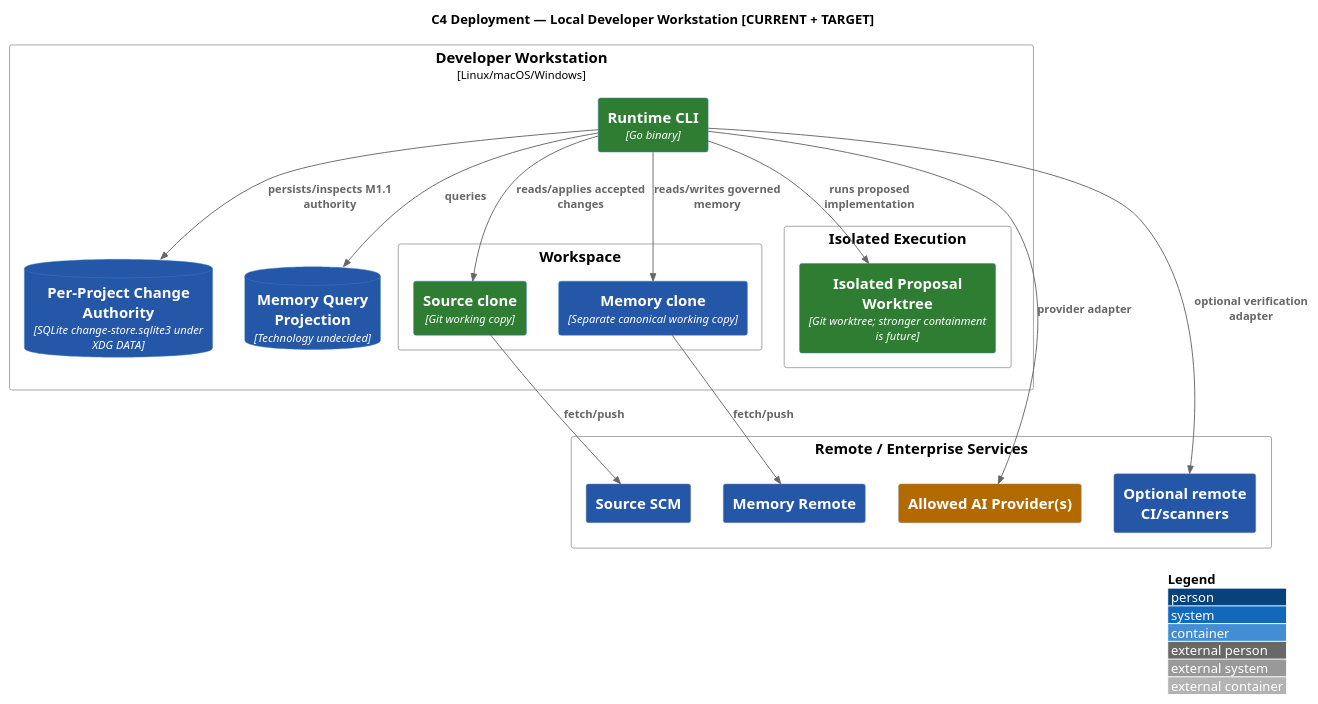
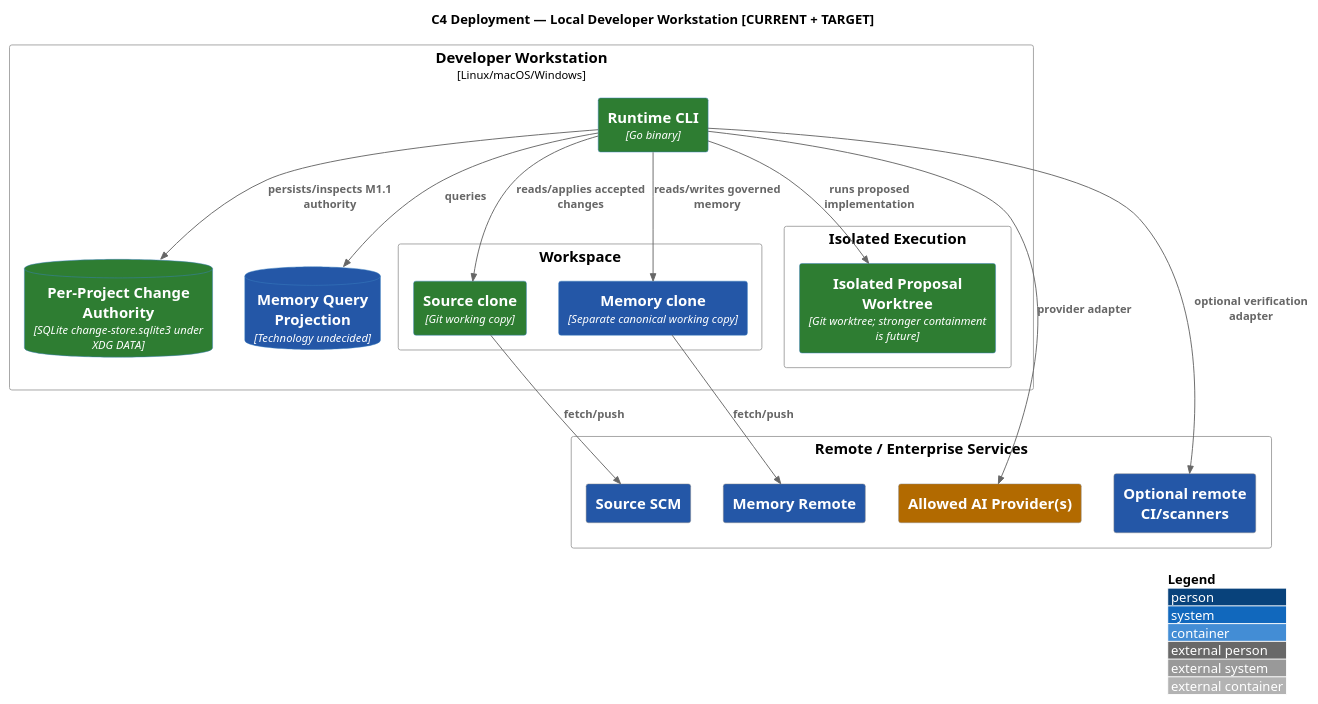
Before and after one commit to Eu-Pedro0ficial/praetor: the diagram in docs/architecture/src/docs/arc42/diagrams/c4-deployment-local.puml, drawn with PlantUML. The commit also changed 80 other files, not shown here.

```diff
--- a/docs/architecture/src/docs/arc42/diagrams/c4-deployment-local.puml
+++ b/docs/architecture/src/docs/arc42/diagrams/c4-deployment-local.puml
@@ -1,35 +1,35 @@
 @startuml
 !include <C4/C4_Deployment>
 AddElementTag("AS-IS", $bgColor="#2E7D32", $fontColor="#FFFFFF", $legendText="AS-IS")
 AddElementTag("PARTIAL", $bgColor="#B26A00", $fontColor="#FFFFFF", $legendText="PARTIAL")
 AddElementTag("TARGET", $bgColor="#2457A7", $fontColor="#FFFFFF", $legendText="TARGET")
 LAYOUT_WITH_LEGEND()
 title C4 Deployment — Local Developer Workstation [CURRENT + TARGET]
 Deployment_Node(dev, "Developer Workstation", "Linux/macOS/Windows") {
   Container(cli, "Runtime CLI", "Go binary", $tags="AS-IS")
-  ContainerDb(changeStore, "Per-Project Change Authority", "SQLite change-store.sqlite3 under XDG DATA", $tags="TARGET")
+  ContainerDb(changeStore, "Per-Project Change Authority", "SQLite change-store.sqlite3 under XDG DATA", $tags="AS-IS")
   ContainerDb(index, "Memory Query Projection", "Technology undecided", $tags="TARGET")
   Deployment_Node(workspace, "Workspace") {
     Container(srcLocal, "Source clone", "Git working copy", $tags="AS-IS")
     Container(memLocal, "Memory clone", "Separate canonical working copy", $tags="TARGET")
   }
   Deployment_Node(isolated, "Isolated Execution") {
     Container(sandbox, "Isolated Proposal Worktree", "Git worktree; stronger containment is future", $tags="AS-IS")
   }
 }
 Deployment_Node(remote, "Remote / Enterprise Services") {
   System_Ext(srcRemote, "Source SCM", $tags="TARGET")
   System_Ext(memRemote, "Memory Remote", $tags="TARGET")
   System_Ext(ai, "Allowed AI Provider(s)", $tags="PARTIAL")
   System_Ext(tools, "Optional remote CI/scanners", $tags="TARGET")
 }
 Rel(cli, index, "queries")
 Rel(cli, changeStore, "persists/inspects M1.1 authority")
 Rel(cli, srcLocal, "reads/applies accepted changes")
 Rel(cli, memLocal, "reads/writes governed memory")
 Rel(cli, sandbox, "runs proposed implementation")
 Rel(srcLocal, srcRemote, "fetch/push")
 Rel(memLocal, memRemote, "fetch/push")
 Rel(cli, ai, "provider adapter")
 Rel(cli, tools, "optional verification adapter")
 @enduml
```
